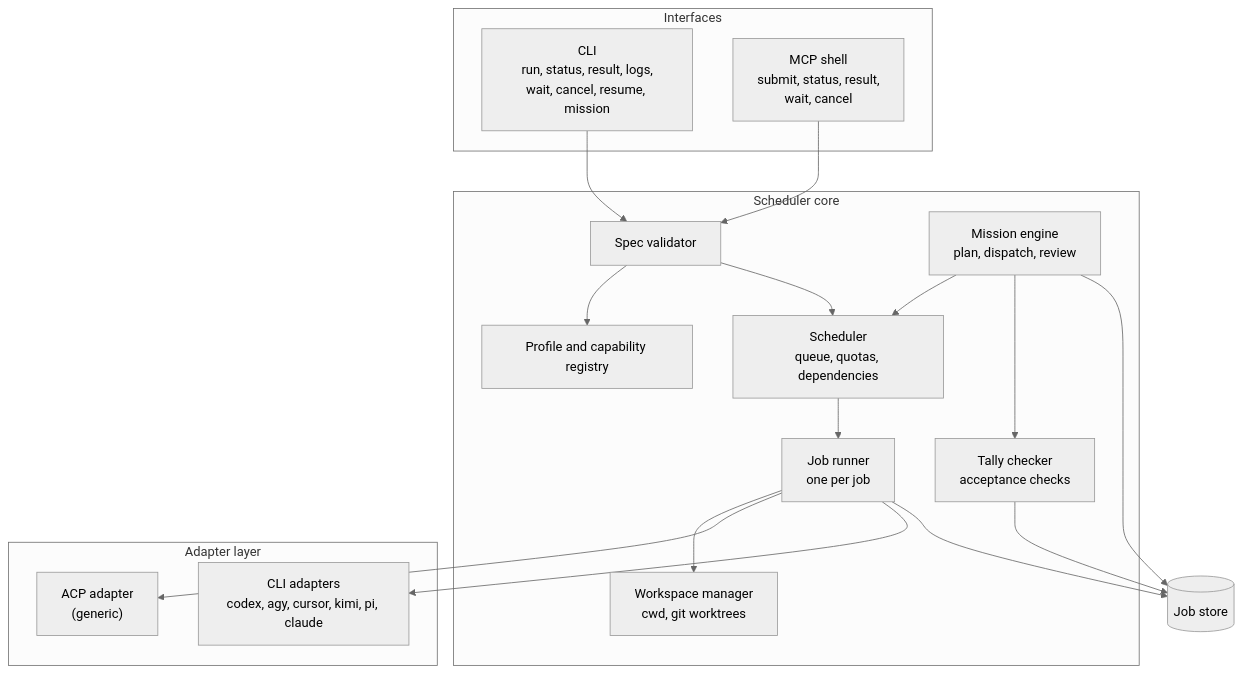
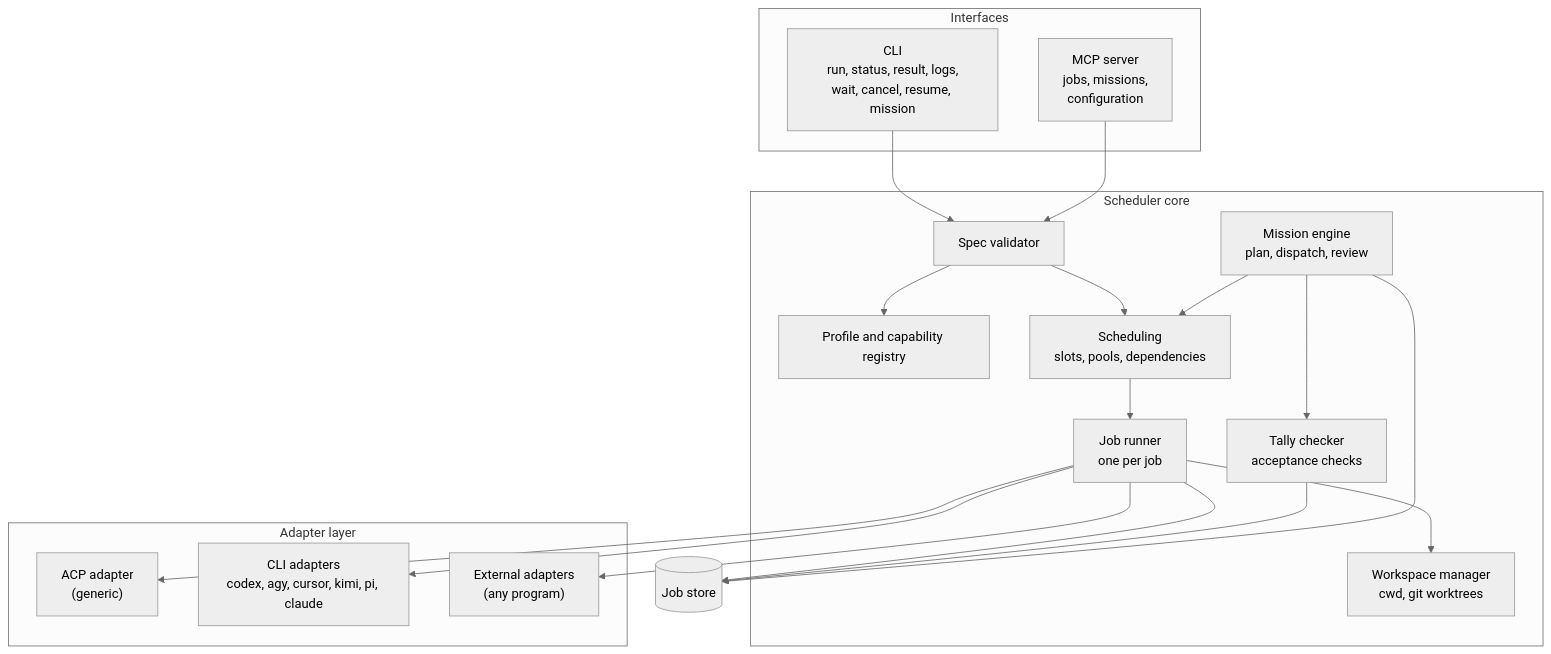
Before and after one commit to kverona-ai/hufu: the second of 7 diagrams in doc/architecture/architecture.md, drawn with Mermaid (neutral theme). The commit also changed other lines of this file and 27 other files, not shown here.

````diff
--- a/doc/architecture/architecture.md
+++ b/doc/architecture/architecture.md
@@ -75,38 +75,40 @@
 ```mermaid
 flowchart TB
     subgraph Interfaces
         CLI["CLI<br/>run, status, result, logs,<br/>wait, cancel, resume, mission"]
-        MCP["MCP shell<br/>submit, status, result,<br/>wait, cancel"]
+        MCP["MCP server<br/>jobs, missions,<br/>configuration"]
     end
 
     subgraph Core["Scheduler core"]
         SPEC["Spec validator"]
         REG["Profile and capability registry"]
-        SCHED["Scheduler<br/>queue, quotas, dependencies"]
+        SCHED["Scheduling<br/>slots, pools, dependencies"]
         MISSION["Mission engine<br/>plan, dispatch, review"]
         TALLY["Tally checker<br/>acceptance checks"]
         WS["Workspace manager<br/>cwd, git worktrees"]
         RUN["Job runner<br/>one per job"]
     end
 
     subgraph AdapterLayer["Adapter layer"]
         ACP["ACP adapter<br/>(generic)"]
         CLIA["CLI adapters<br/>codex, agy, cursor, kimi, pi, claude"]
+        EXT["External adapters<br/>(any program)"]
     end
 
     STORE[("Job store")]
 
     CLI --> SPEC
     MCP --> SPEC
     SPEC --> REG
     SPEC --> SCHED
     MISSION --> SCHED
     MISSION --> TALLY
     SCHED --> RUN
     RUN --> WS
     RUN --> ACP
     RUN --> CLIA
+    RUN --> EXT
     RUN --> STORE
     TALLY --> STORE
     MISSION --> STORE
 ```
````
